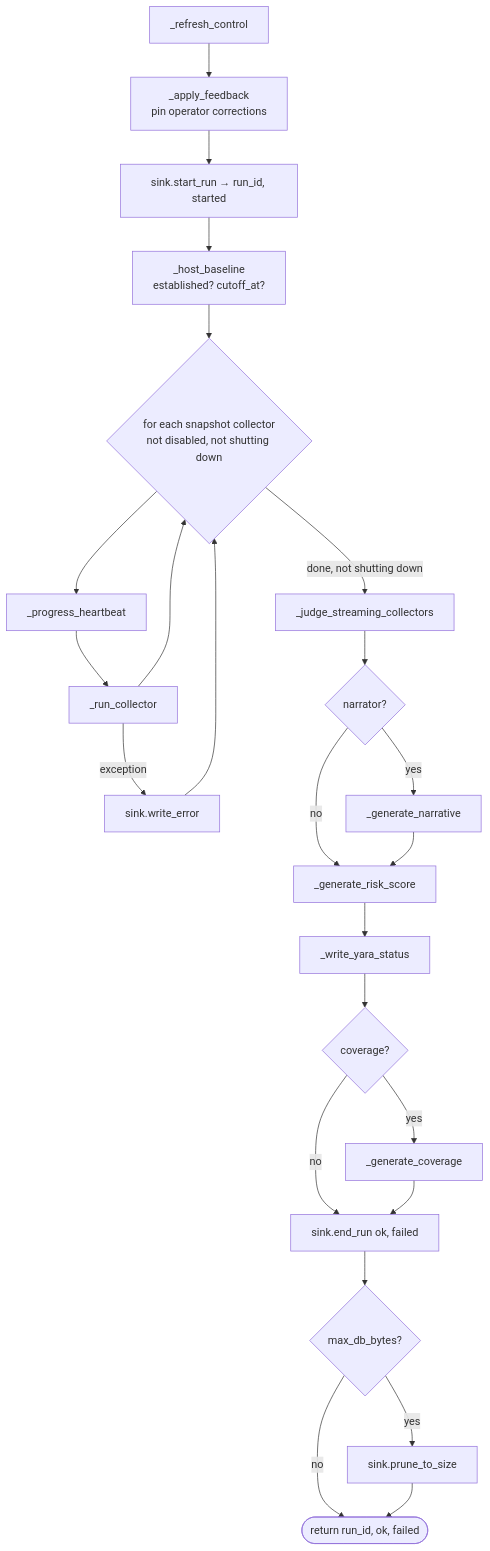
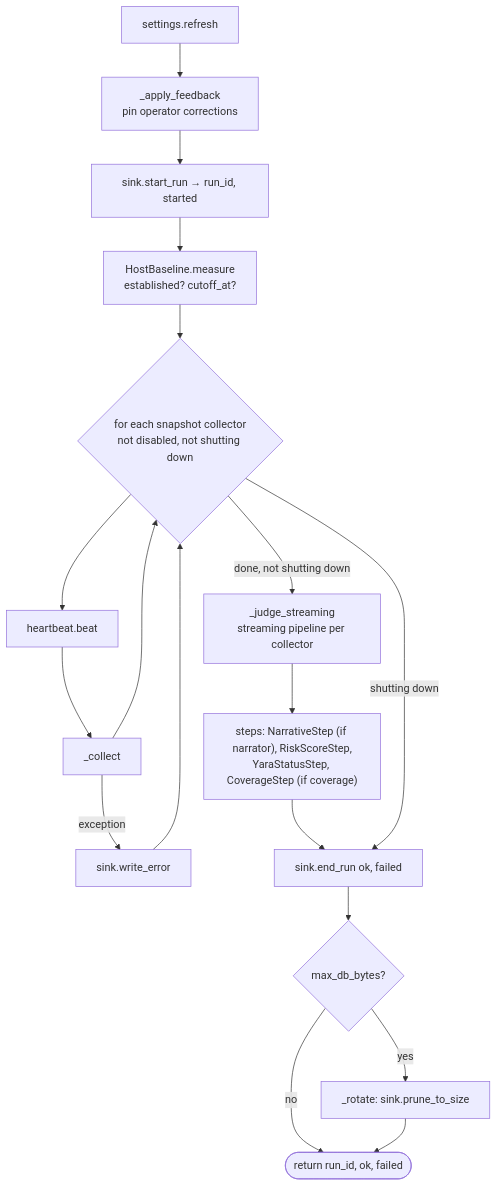
Before and after one commit to iklobato/avai: the seventh of 23 diagrams in docs/ARCHITECTURE.md, drawn with Mermaid. The commit also changed other lines of this file and 1 other file, not shown here.

````diff
--- a/docs/ARCHITECTURE.md
+++ b/docs/ARCHITECTURE.md
@@ -368,25 +385,19 @@
 ```mermaid
 flowchart TD
-    A[_refresh_control] --> B[_apply_feedback<br/>pin operator corrections]
+    A[settings.refresh] --> B[_apply_feedback<br/>pin operator corrections]
     B --> C[sink.start_run → run_id, started]
-    C --> D[_host_baseline<br/>established? cutoff_at?]
+    C --> D[HostBaseline.measure<br/>established? cutoff_at?]
     D --> E{for each snapshot collector<br/>not disabled, not shutting down}
-    E --> F[_progress_heartbeat]
-    F --> G[_run_collector]
+    E --> F[heartbeat.beat]
+    F --> G[_collect]
     G -->|exception| H[sink.write_error] --> E
     G --> E
-    E -->|done, not shutting down| I[_judge_streaming_collectors]
-    I --> J{narrator?}
-    J -->|yes| K[_generate_narrative]
-    J -->|no| L
-    K --> L[_generate_risk_score]
-    L --> M[_write_yara_status]
-    M --> N{coverage?}
-    N -->|yes| O[_generate_coverage]
-    N -->|no| P
-    O --> P[sink.end_run ok, failed]
+    E -->|done, not shutting down| I[_judge_streaming<br/>streaming pipeline per collector]
+    I --> K["steps: NarrativeStep (if narrator), RiskScoreStep,<br/>YaraStatusStep, CoverageStep (if coverage)"]
+    K --> P[sink.end_run ok, failed]
+    E -->|shutting down| P
     P --> Q{max_db_bytes?}
-    Q -->|yes| R[sink.prune_to_size]
+    Q -->|yes| R[_rotate: sink.prune_to_size]
     Q -->|no| S([return run_id, ok, failed])
     R --> S
 ```
````
